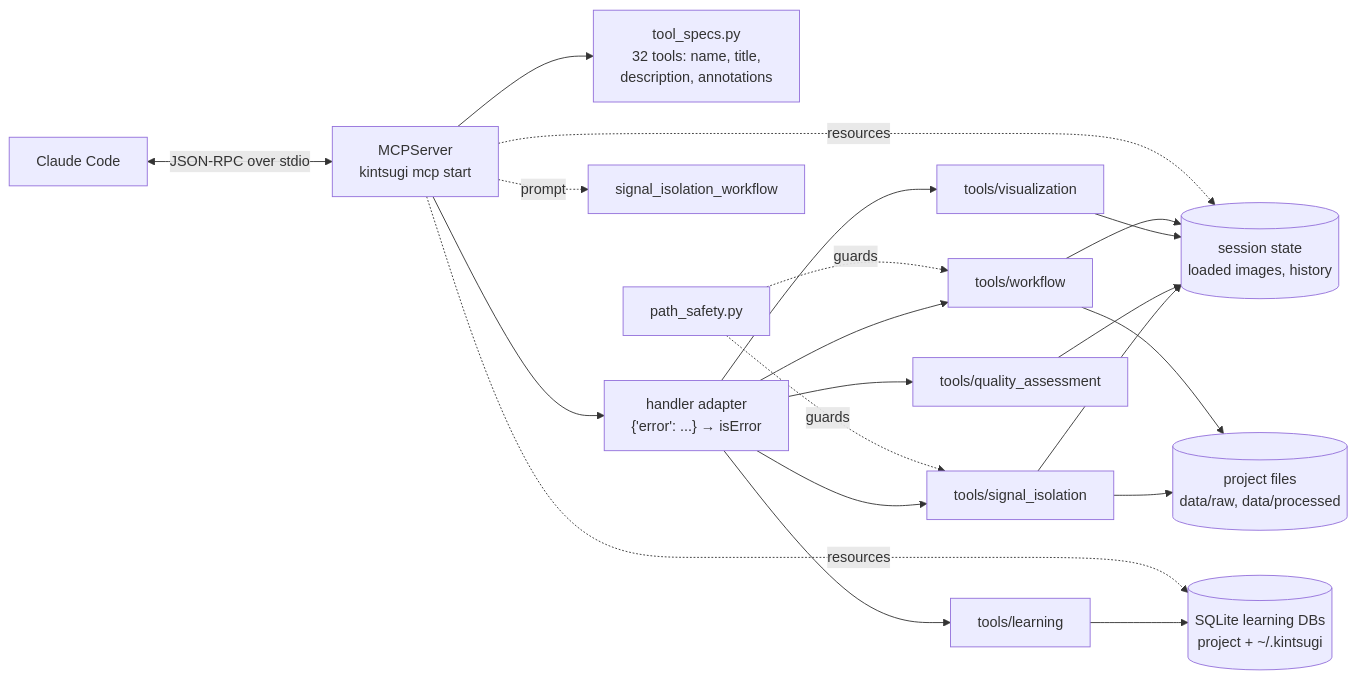
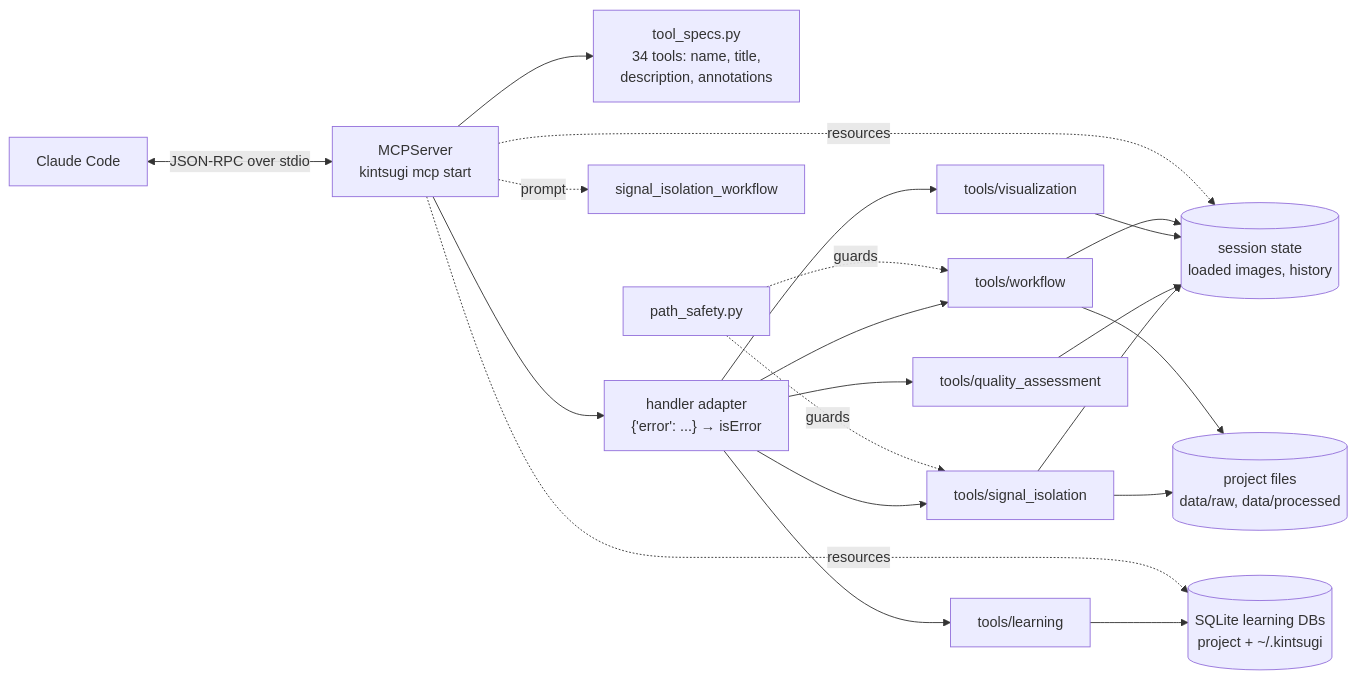
Before and after one commit to smith6jt-cop/KINTSUGI: the diagram in docs/mcp.md, drawn with Mermaid. The commit also changed other lines of this file and 25 other files, not shown here.

````diff
--- a/docs/mcp.md
+++ b/docs/mcp.md
@@ -128,18 +128,18 @@
 ```mermaid
 flowchart LR
     CC[Claude Code] <-- "JSON-RPC over stdio" --> S[MCPServer<br/>kintsugi mcp start]
-    S --> R[tool_specs.py<br/>32 tools: name, title,<br/>description, annotations]
+    S --> R[tool_specs.py<br/>34 tools: name, title,<br/>description, annotations]
     S --> ADP["handler adapter<br/>{'error': ...} → isError"]
     ADP --> T1[tools/signal_isolation]
     ADP --> T2[tools/quality_assessment]
     ADP --> T3[tools/visualization]
     ADP --> T4[tools/workflow]
     ADP --> T5[tools/learning]
     T1 & T2 & T3 & T4 --> SS[(session state<br/>loaded images, history)]
     T5 --> DB[(SQLite learning DBs<br/>project + ~/.kintsugi)]
     T1 & T4 --> FS[(project files<br/>data/raw, data/processed)]
     S -. resources .-> SS
     S -. resources .-> DB
     S -. prompt .-> P[signal_isolation_workflow]
     PS[path_safety.py] -.guards.-> T1 & T4
 ```
````
